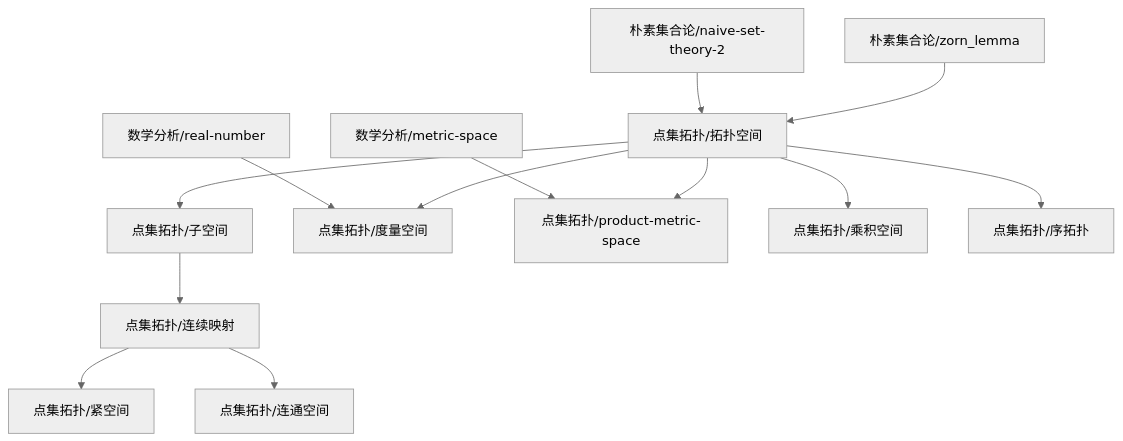
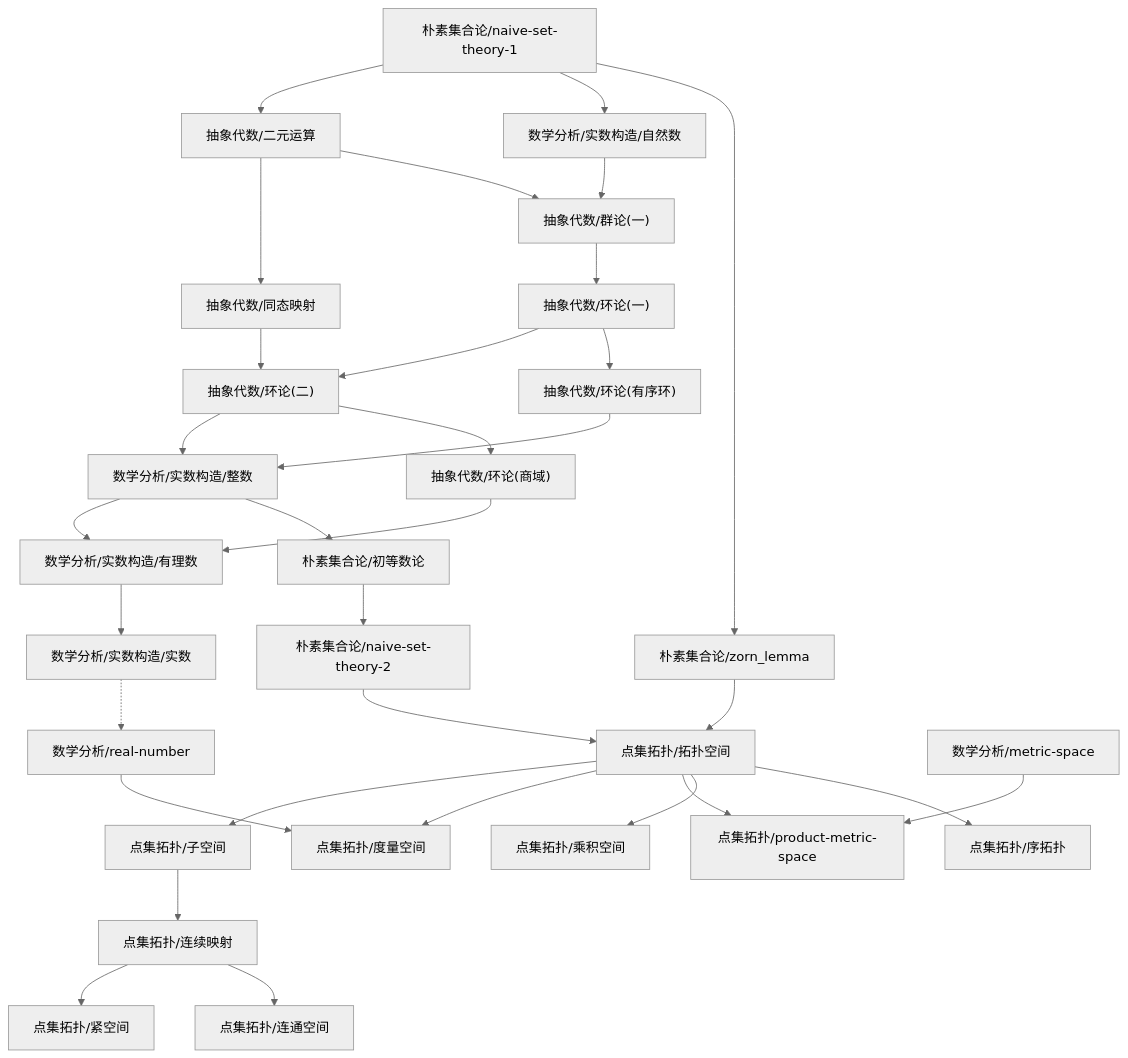
Before and after one commit to zeroDtree/zeroDtree.github.io: the diagram in content/点集拓扑/dependency_graph.md, drawn with Mermaid (neutral theme). The commit also changed 86 other files, not shown here.

````diff
--- a/content/点集拓扑/dependency_graph.md
+++ b/content/点集拓扑/dependency_graph.md
@@ -1,15 +1,34 @@
 ```mermaid
 graph TD
 1["朴素集合论/naive-set-theory-2"] --> 0["点集拓扑/拓扑空间"]
 2["朴素集合论/zorn_lemma"] --> 0["点集拓扑/拓扑空间"]
 4["点集拓扑/子空间"] --> 3["点集拓扑/连续映射"]
 0["点集拓扑/拓扑空间"] --> 4["点集拓扑/子空间"]
 7["数学分析/real-number"] --> 6["点集拓扑/度量空间"]
 0["点集拓扑/拓扑空间"] --> 6["点集拓扑/度量空间"]
 3["点集拓扑/连续映射"] --> 8["点集拓扑/紧空间"]
 10["数学分析/metric-space"] --> 9["点集拓扑/product-metric-space"]
 0["点集拓扑/拓扑空间"] --> 9["点集拓扑/product-metric-space"]
 3["点集拓扑/连续映射"] --> 11["点集拓扑/连通空间"]
 0["点集拓扑/拓扑空间"] --> 12["点集拓扑/乘积空间"]
 0["点集拓扑/拓扑空间"] --> 13["点集拓扑/序拓扑"]
+14["数学分析/实数构造/实数"] -.-> 7["数学分析/real-number"]
+15["数学分析/实数构造/有理数"] --> 14["数学分析/实数构造/实数"]
+16["数学分析/实数构造/整数"] --> 15["数学分析/实数构造/有理数"]
+17["抽象代数/环论(商域)"] --> 15["数学分析/实数构造/有理数"]
+18["抽象代数/环论(二)"] --> 16["数学分析/实数构造/整数"]
+19["抽象代数/环论(有序环)"] --> 16["数学分析/实数构造/整数"]
+18["抽象代数/环论(二)"] --> 17["抽象代数/环论(商域)"]
+20["抽象代数/环论(一)"] --> 18["抽象代数/环论(二)"]
+21["抽象代数/同态映射"] --> 18["抽象代数/环论(二)"]
+22["抽象代数/群论(一)"] --> 20["抽象代数/环论(一)"]
+23["抽象代数/二元运算"] --> 21["抽象代数/同态映射"]
+24["朴素集合论/naive-set-theory-1"] --> 23["抽象代数/二元运算"]
+25["数学分析/实数构造/自然数"] --> 22["抽象代数/群论(一)"]
+23["抽象代数/二元运算"] --> 22["抽象代数/群论(一)"]
+24["朴素集合论/naive-set-theory-1"] --> 25["数学分析/实数构造/自然数"]
+20["抽象代数/环论(一)"] --> 19["抽象代数/环论(有序环)"]
+26["朴素集合论/初等数论"] --> 1["朴素集合论/naive-set-theory-2"]
+24["朴素集合论/naive-set-theory-1"] --> 2["朴素集合论/zorn_lemma"]
+16["数学分析/实数构造/整数"] --> 26["朴素集合论/初等数论"]
 ```
````
